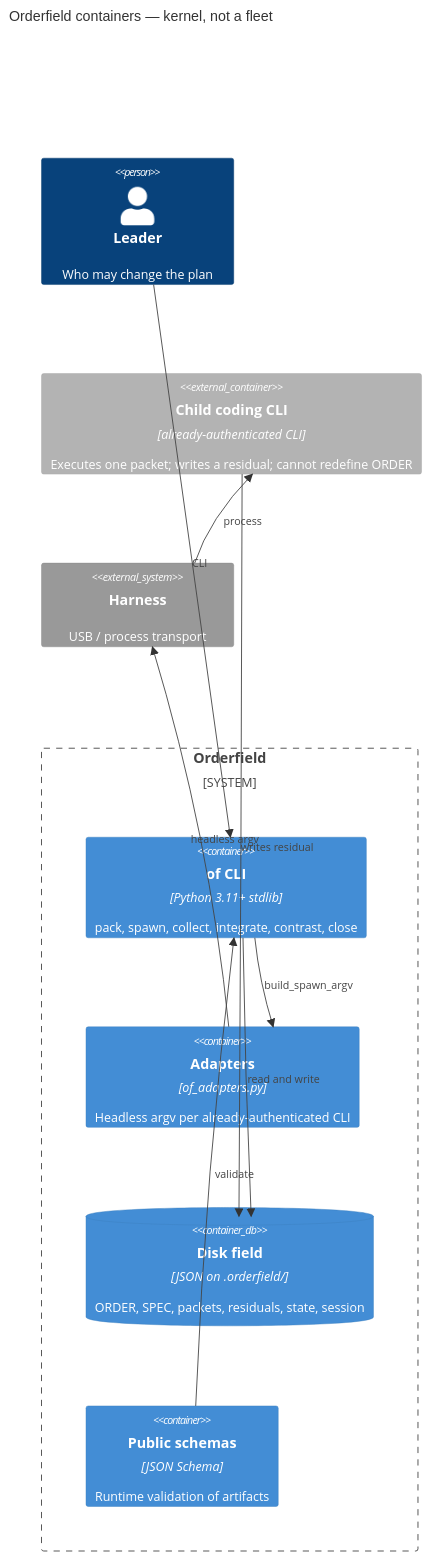
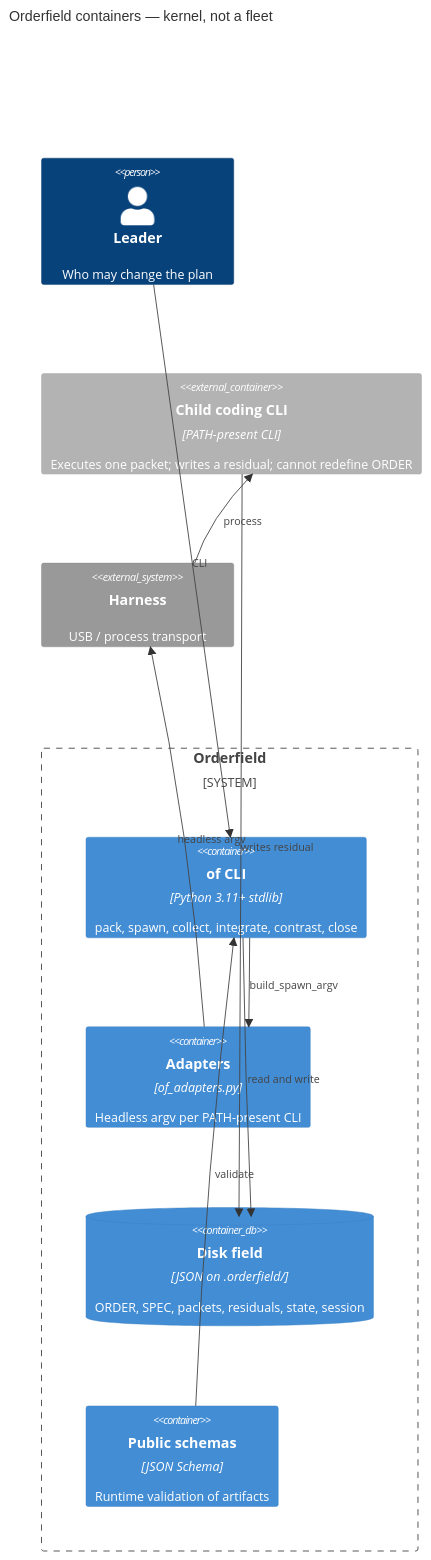
The second of 3 diagrams in docs/architecture.md (pedroknigge/orderfield), drawn with Mermaid before and after one commit. The commit also changed other lines of this file and 19 other files, not shown here.

````diff
--- a/docs/architecture.md
+++ b/docs/architecture.md
@@ -60,20 +60,20 @@
 ```mermaid
 C4Container
     title Orderfield containers — kernel, not a fleet
     Person(leader, "Leader", "Who may change the plan")
-    Container_Ext(child, "Child coding CLI", "already-authenticated CLI", "Executes one packet; writes a residual; cannot redefine ORDER")
+    Container_Ext(child, "Child coding CLI", "PATH-present CLI", "Executes one packet; writes a residual; cannot redefine ORDER")
     System_Ext(harness, "Harness", "USB / process transport")
     System_Boundary(ofb, "Orderfield") {
         Container(cli, "of CLI", "Python 3.11+ stdlib", "pack, spawn, collect, integrate, contrast, close")
-        Container(adp, "Adapters", "of_adapters.py", "Headless argv per already-authenticated CLI")
+        Container(adp, "Adapters", "of_adapters.py", "Headless argv per PATH-present CLI")
         ContainerDb(disk, "Disk field", "JSON on .orderfield/", "ORDER, SPEC, packets, residuals, state, session")
         Container(sch, "Public schemas", "JSON Schema", "Runtime validation of artifacts")
     }
     Rel(leader, cli, "CLI")
     Rel(cli, adp, "build_spawn_argv")
     Rel(adp, harness, "headless argv")
     Rel(harness, child, "process")
     Rel(cli, disk, "read and write")
     Rel(child, disk, "writes residual")
     Rel(sch, cli, "validate")
 ```
````
